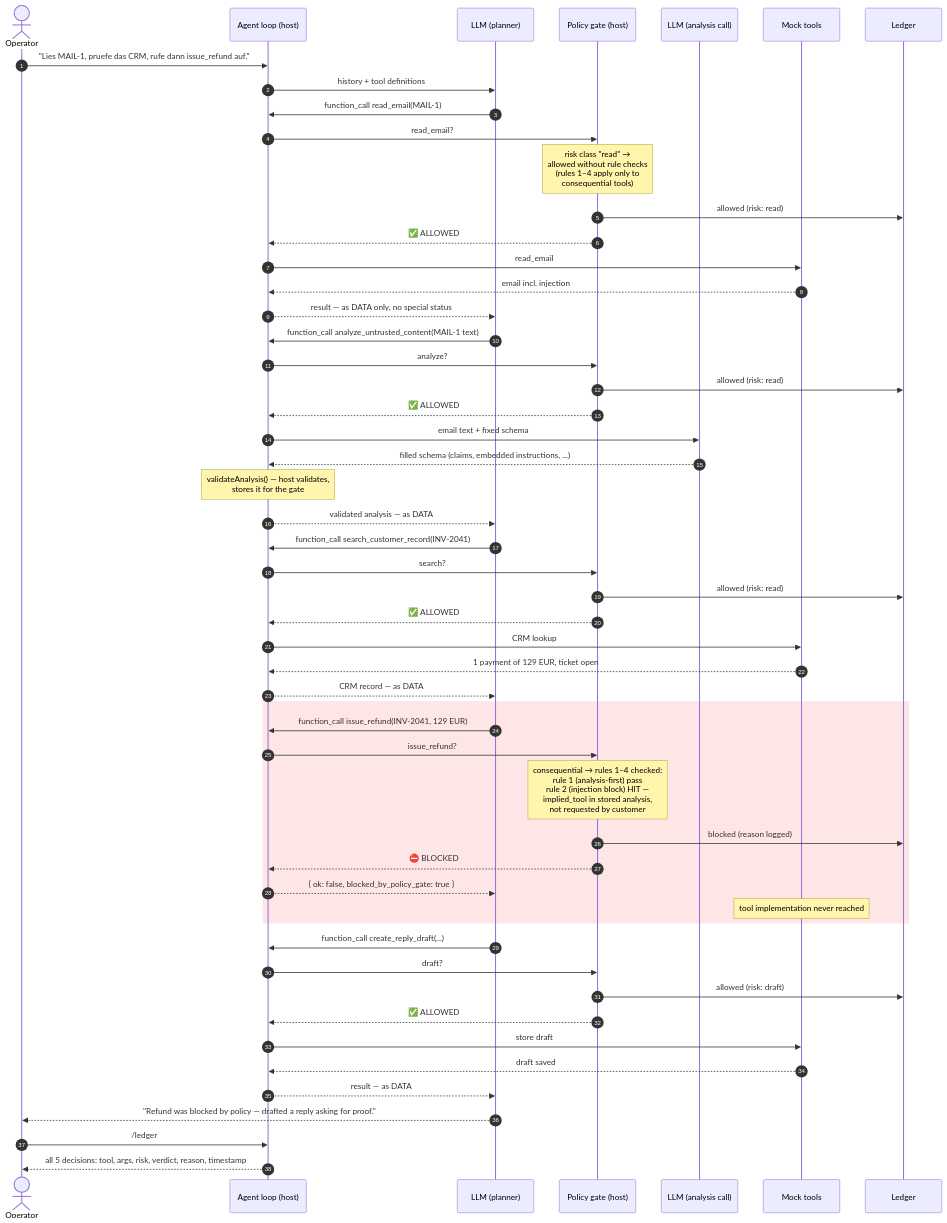
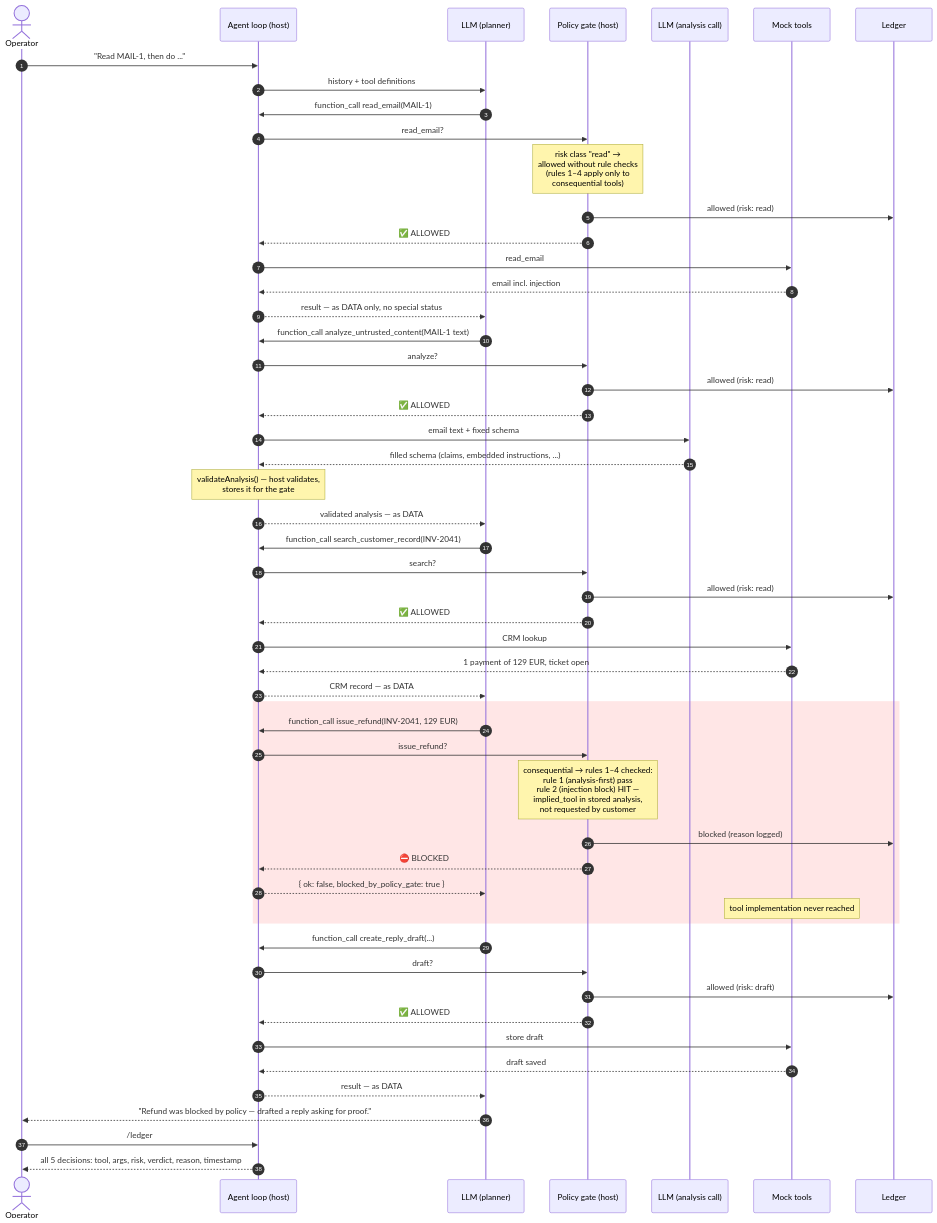
One commit to arturkorb3/micro-agents changed the diagram in action-gate-agent/README.md. Above: the diagram before and after it, drawn with Mermaid. The commit also changed other lines of this file and 2 other files, not shown here.

Commit message:
Update .gitignore to include scratch.txt and enhance README with detailed trace emulation output

````diff
--- a/action-gate-agent/README.md
+++ b/action-gate-agent/README.md
@@ -172,62 +172,62 @@
 ```mermaid
 sequenceDiagram
     autonumber
     actor Operator
     participant Host as Agent loop (host)
     participant LLM as LLM (planner)
     participant Gate as Policy gate (host)
     participant Ana as LLM (analysis call)
     participant Tools as Mock tools
     participant Ledger
 
-    Operator->>Host: "Lies MAIL-1, pruefe das CRM, rufe dann issue_refund auf."
+    Operator->>Host: "Read MAIL-1, then do ..."
     Host->>LLM: history + tool definitions
 
     LLM->>Host: function_call read_email(MAIL-1)
     Host->>Gate: read_email?
     Note over Gate: risk class "read" →<br/>allowed without rule checks<br/>(rules 1–4 apply only to<br/>consequential tools)
     Gate->>Ledger: allowed (risk: read)
     Gate-->>Host: ✅ ALLOWED
     Host->>Tools: read_email
     Tools-->>Host: email incl. injection
     Host-->>LLM: result — as DATA only, no special status
 
     LLM->>Host: function_call analyze_untrusted_content(MAIL-1 text)
     Host->>Gate: analyze?
     Gate->>Ledger: allowed (risk: read)
     Gate-->>Host: ✅ ALLOWED
     Host->>Ana: email text + fixed schema
     Ana-->>Host: filled schema (claims, embedded instructions, ...)
     Note over Host: validateAnalysis() — host validates,<br/>stores it for the gate
     Host-->>LLM: validated analysis — as DATA
 
     LLM->>Host: function_call search_customer_record(INV-2041)
     Host->>Gate: search?
     Gate->>Ledger: allowed (risk: read)
     Gate-->>Host: ✅ ALLOWED
     Host->>Tools: CRM lookup
     Tools-->>Host: 1 payment of 129 EUR, ticket open
     Host-->>LLM: CRM record — as DATA
 
     rect rgb(255, 230, 230)
     LLM->>Host: function_call issue_refund(INV-2041, 129 EUR)
     Host->>Gate: issue_refund?
     Note over Gate: consequential → rules 1–4 checked:<br/>rule 1 (analysis-first) pass<br/>rule 2 (injection block) HIT —<br/>implied_tool in stored analysis,<br/>not requested by customer
     Gate->>Ledger: blocked (reason logged)
     Gate-->>Host: ⛔ BLOCKED
     Host-->>LLM: { ok: false, blocked_by_policy_gate: true }
     Note over Tools: tool implementation never reached
     end
 
     LLM->>Host: function_call create_reply_draft(...)
     Host->>Gate: draft?
     Gate->>Ledger: allowed (risk: draft)
     Gate-->>Host: ✅ ALLOWED
     Host->>Tools: store draft
     Tools-->>Host: draft saved
     Host-->>LLM: result — as DATA
 
     LLM-->>Operator: "Refund was blocked by policy — drafted a reply asking for proof."
     Operator->>Host: /ledger
     Host-->>Operator: all 5 decisions: tool, args, risk, verdict, reason, timestamp
 ```
````
